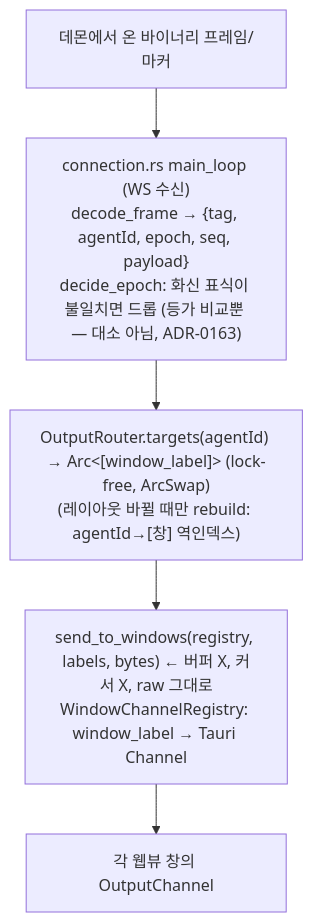
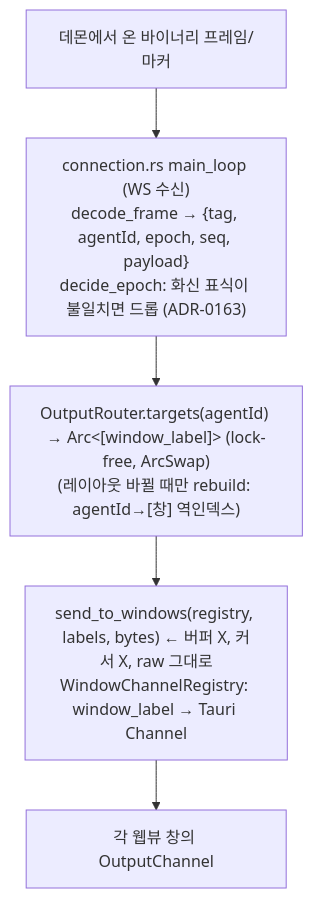
Diagram 13 of 20 in docs/reference/architecture-overview.md (kimsunzun/engram-dashboard), drawn with Mermaid before and after one commit. The commit also changed other lines of this file, not shown here.

First line of the commit message:
S20: docs(reference): 조감도의 중복을 걷는다 — ADR 맵·화신 표식·불변식 절

````diff
--- a/docs/reference/architecture-overview.md
+++ b/docs/reference/architecture-overview.md
@@ -552,10 +552,10 @@
 ```mermaid
 flowchart TD
   IN["데몬에서 온 바이너리 프레임/마커"]
-  ML["connection.rs main_loop (WS 수신)<br/>decode_frame → {tag, agentId, epoch, seq, payload}<br/>decide_epoch: 화신 표식이 불일치면 드롭 (등가 비교뿐 — 대소 아님, ADR-0163)"]
+  ML["connection.rs main_loop (WS 수신)<br/>decode_frame → {tag, agentId, epoch, seq, payload}<br/>decide_epoch: 화신 표식이 불일치면 드롭 (ADR-0163)"]
   RT["OutputRouter.targets(agentId) → Arc&lt;[window_label]&gt; (lock-free, ArcSwap)<br/>(레이아웃 바뀔 때만 rebuild: agentId→[창] 역인덱스)"]
   STW["send_to_windows(registry, labels, bytes) ← 버퍼 X, 커서 X, raw 그대로<br/>WindowChannelRegistry: window_label → Tauri Channel"]
   OUT["각 웹뷰 창의 OutputChannel"]
 
   IN --> ML --> RT --> STW --> OUT
 ```
````
